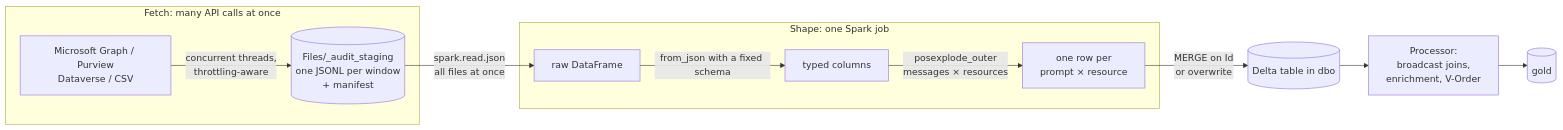
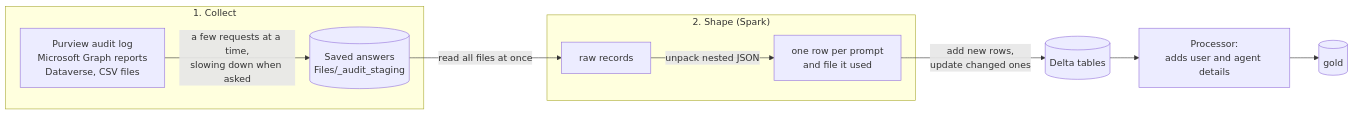
One commit to microsoft/universal-lake changed the diagram in ARCHITECTURE.md. Above: the diagram before and after it, drawn with Mermaid. The commit also changed other lines of this file and 1 other file, not shown here.

First line of the commit message:
Rewrite ARCHITECTURE.md in plain language; explain Purview audit search limits and how the ingester works within them

````diff
--- a/ARCHITECTURE.md
+++ b/ARCHITECTURE.md
@@ -8,13 +10,12 @@
 ```mermaid
 flowchart LR
-    subgraph Fetch["Fetch: many API calls at once"]
-        G[Microsoft Graph / Purview<br/>Dataverse / CSV] -->|concurrent threads,<br/>throttling-aware| S[(Files/_audit_staging<br/>one JSONL per window<br/>+ manifest)]
+    subgraph Collect["1. Collect"]
+        A[Purview audit log<br/>Microsoft Graph reports<br/>Dataverse, CSV files] -->|a few requests at a time,<br/>slowing down when asked| S[(Saved answers<br/>Files/_audit_staging)]
     end
-    subgraph Shape["Shape: one Spark job"]
-        S -->|spark.read.json<br/>all files at once| R[raw DataFrame]
-        R -->|from_json with a fixed schema| P[typed columns]
-        P -->|posexplode_outer<br/>messages × resources| X[one row per<br/>prompt × resource]
+    subgraph Shape["2. Shape (Spark)"]
+        S -->|read all files at once| R[raw records]
+        R -->|unpack nested JSON| X[one row per prompt<br/>and file it used]
     end
-    X -->|MERGE on Id<br/>or overwrite| D[(Delta table in dbo)]
-    D --> PR[Processor:<br/>broadcast joins,<br/>enrichment, V-Order] --> GOLD[(gold)]
+    X -->|add new rows,<br/>update changed ones| D[(Delta tables)]
+    D --> P[Processor:<br/>adds user and agent details] --> G[(gold)]
 ```
````
